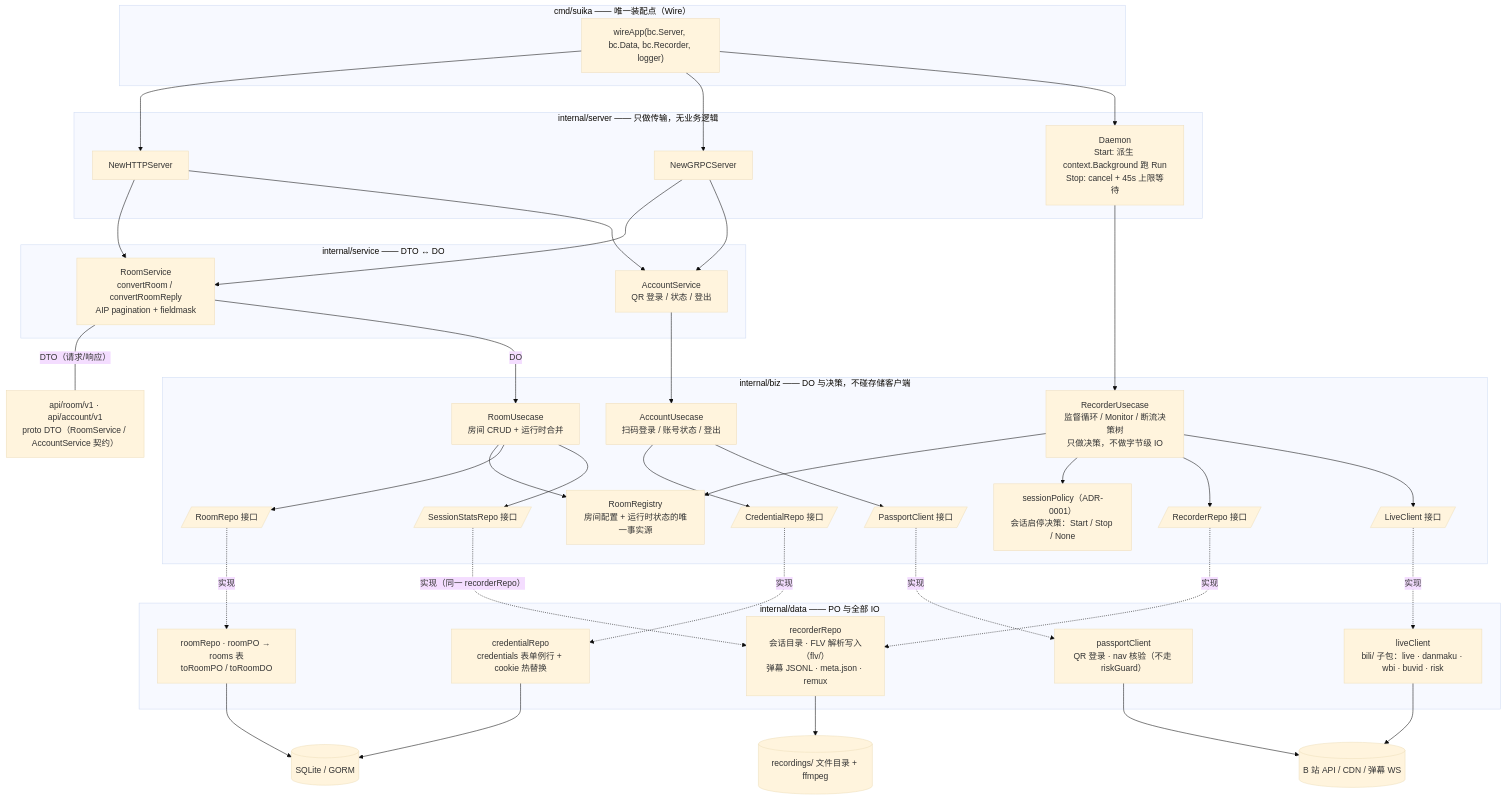
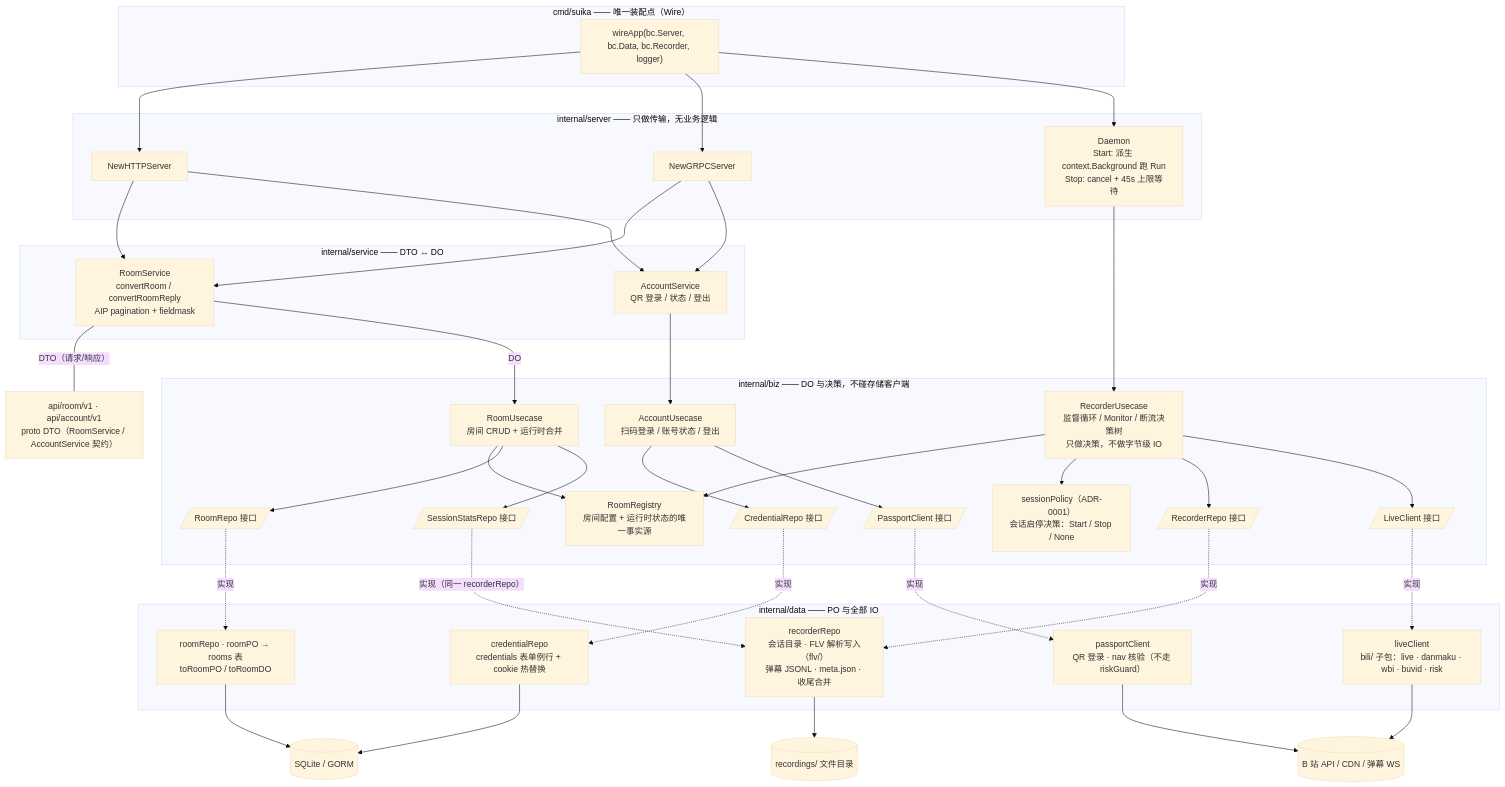
The second of 10 diagrams in docs/design/architecture-diagrams.md (xgbt/suika), drawn with Mermaid (base theme) before and after one commit. The commit also changed other lines of this file and 34 other files, not shown here.

````diff
--- a/docs/design/architecture-diagrams.md
+++ b/docs/design/architecture-diagrams.md
@@ -74,65 +72,65 @@
 ```mermaid
 flowchart TB
     subgraph CMD["cmd/suika —— 唯一装配点（Wire）"]
         WIRE["wireApp(bc.Server, bc.Data, bc.Recorder, logger)"]
     end
 
     subgraph SERVER["internal/server —— 只做传输，无业务逻辑"]
         SHTTP["NewHTTPServer"]
         SGRPC["NewGRPCServer"]
         SDMN["Daemon<br/>Start: 派生 context.Background 跑 Run<br/>Stop: cancel + 45s 上限等待"]
     end
 
     subgraph SERVICE["internal/service —— DTO ↔ DO"]
         RS["RoomService<br/>convertRoom / convertRoomReply<br/>AIP pagination + fieldmask"]
         AS["AccountService<br/>QR 登录 / 状态 / 登出"]
     end
 
     subgraph BIZ["internal/biz —— DO 与决策，不碰存储客户端"]
         RU["RoomUsecase<br/>房间 CRUD + 运行时合并"]
         AU["AccountUsecase<br/>扫码登录 / 账号状态 / 登出"]
         RECU["RecorderUsecase<br/>监督循环 / Monitor / 断流决策树<br/>只做决策，不做字节级 IO"]
         REG["RoomRegistry<br/>房间配置 + 运行时状态的唯一事实源"]
         POL["sessionPolicy（ADR-0001）<br/>会话启停决策：Start / Stop / None"]
         IF1[/"RoomRepo 接口"/]
         IF2[/"RecorderRepo 接口"/]
         IF3[/"LiveClient 接口"/]
         IF4[/"SessionStatsRepo 接口"/]
         IF5[/"CredentialRepo 接口"/]
         IF6[/"PassportClient 接口"/]
     end
 
     subgraph DATA["internal/data —— PO 与全部 IO"]
         RR["roomRepo · roomPO → rooms 表<br/>toRoomPO / toRoomDO"]
-        RREPO["recorderRepo<br/>会话目录 · FLV 解析写入（flv/）<br/>弹幕 JSONL · meta.json · remux"]
+        RREPO["recorderRepo<br/>会话目录 · FLV 解析写入（flv/）<br/>弹幕 JSONL · meta.json · 收尾合并"]
         LC["liveClient<br/>bili/ 子包：live · danmaku · wbi · buvid · risk"]
         CR["credentialRepo<br/>credentials 表单例行 + cookie 热替换"]
         PC["passportClient<br/>QR 登录 · nav 核验（不走 riskGuard）"]
     end
 
     DTO["api/room/v1 · api/account/v1<br/>proto DTO（RoomService / AccountService 契约）"]
 
     WIRE --> SHTTP & SGRPC & SDMN
     SHTTP & SGRPC --> RS & AS
     RS -- "DTO（请求/响应）" --- DTO
     RS -- "DO" --> RU
     AS --> AU
     SDMN --> RECU
     RU --> REG
     RECU --> REG
     RECU --> POL
     RU --> IF1 & IF4
     RECU --> IF2 & IF3
     AU --> IF5 & IF6
     IF1 -. 实现 .-> RR
     IF4 -. 实现（同一 recorderRepo） .-> RREPO
     IF2 -. 实现 .-> RREPO
     IF3 -. 实现 .-> LC
     IF5 -. 实现 .-> CR
     IF6 -. 实现 .-> PC
     RR --> SQLITE[("SQLite / GORM")]
     CR --> SQLITE
-    RREPO --> FS[("recordings/ 文件目录 + ffmpeg")]
+    RREPO --> FS[("recordings/ 文件目录")]
     LC --> BILI[("B 站 API / CDN / 弹幕 WS")]
     PC --> BILI
 ```
````
